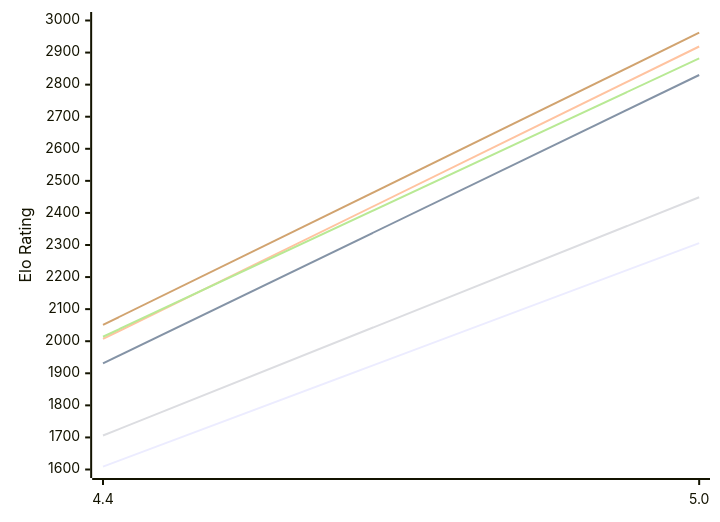
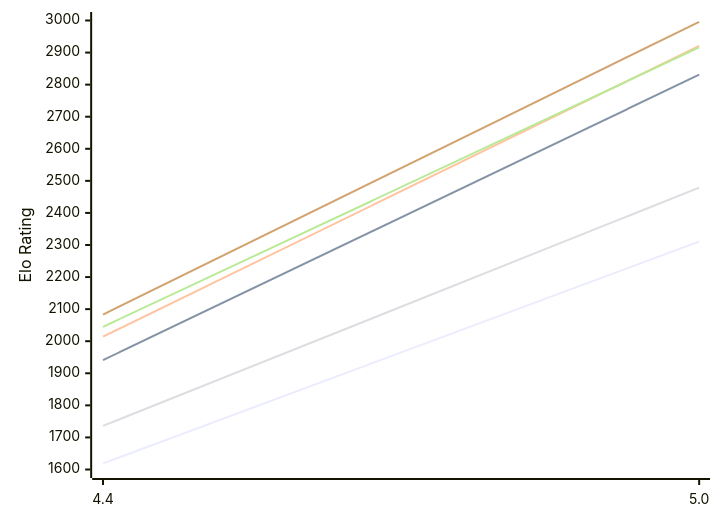
Before and after one commit to computer-chess-index/cci: the first of 2 diagrams in engines/Radiance.md, drawn with Mermaid. The commit also changed other lines of this file, not shown here.

Commit message:
Update CCI Ratings (ELO VLTC) - 2026-11-01

````diff
--- a/engines/Radiance.md
+++ b/engines/Radiance.md
@@ -51,12 +51,12 @@
 ```mermaid
 %%{init: {"theme":"base","themeVariables":{"seriesColors:['#a3a3a3','#222221','#faa371']}}}%%
 xychart-beta
   x-axis ["4.4", "5.0"]
   y-axis "Elo Rating" 1600 --> 3000
-  line "E1: STC (8.0+0.08s)" [1609, 2306]
-  line "E1: LTC (60.0+0.60s)" [1931, 2830]
-  line "E1: VLTC (2m24s+1.12s)" [2007, 2919]
-  line "P1: STC (8.0+0.08s)" [1706, 2449]
-  line "P1: LTC (60.0+0.60s)" [2014, 2882]
-  line "P1: VLTC (2m24s+1.12s)" [2051, 2962]
+  line "E1: STC (8.0+0.08s)" [1619, 2311]
+  line "E1: LTC (60.0+0.60s)" [1941, 2831]
+  line "E1: VLTC (2m24s+1.12s)" [2014, 2921]
+  line "P1: STC (8.0+0.08s)" [1736, 2479]
+  line "P1: LTC (60.0+0.60s)" [2045, 2916]
+  line "P1: VLTC (2m24s+1.12s)" [2083, 2996]
 ```
````
